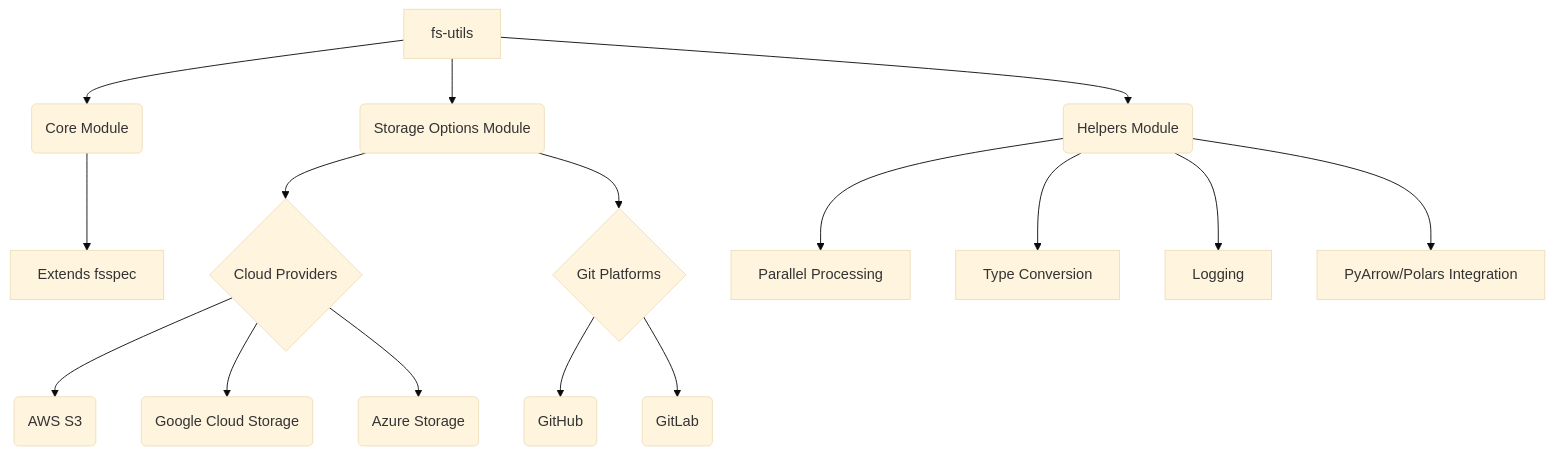
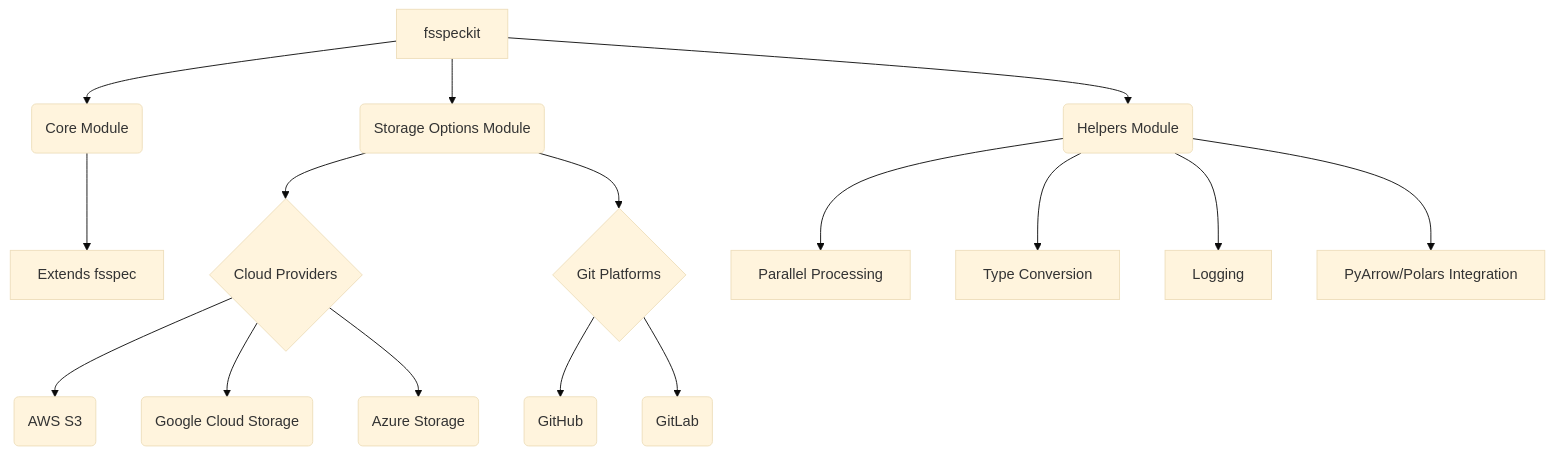
One commit to legout/fs-utils changed the diagram in docs/architecture.md. Above: the diagram before and after it, drawn with Mermaid (base theme). The commit also changed other lines of this file and 43 other files, not shown here.

First line of the commit message:
refactor: rename library from fs-utils to fsspeckit

````diff
--- a/docs/architecture.md
+++ b/docs/architecture.md
@@ -39,18 +39,18 @@
 ```mermaid
 graph TD
-    A[fs-utils] --> B(Core Module)
+    A[fsspeckit] --> B(Core Module)
     A --> C(Storage Options Module)
     A --> D(Helpers Module)
     B --> E[Extends fsspec]
     C --> F{Cloud Providers}
     C --> G{Git Platforms}
     D --> H[Parallel Processing]
     D --> I[Type Conversion]
     D --> J[Logging]
     D --> K[PyArrow/Polars Integration]
     F --> L(AWS S3)
     F --> M(Google Cloud Storage)
     F --> N(Azure Storage)
     G --> O(GitHub)
     G --> P(GitLab)
 ```
````
